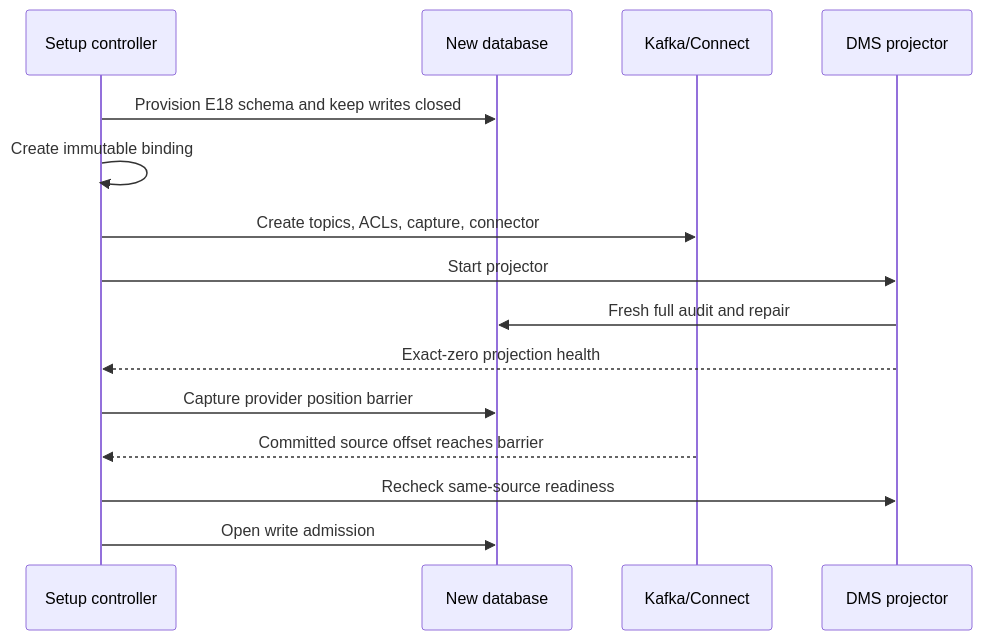
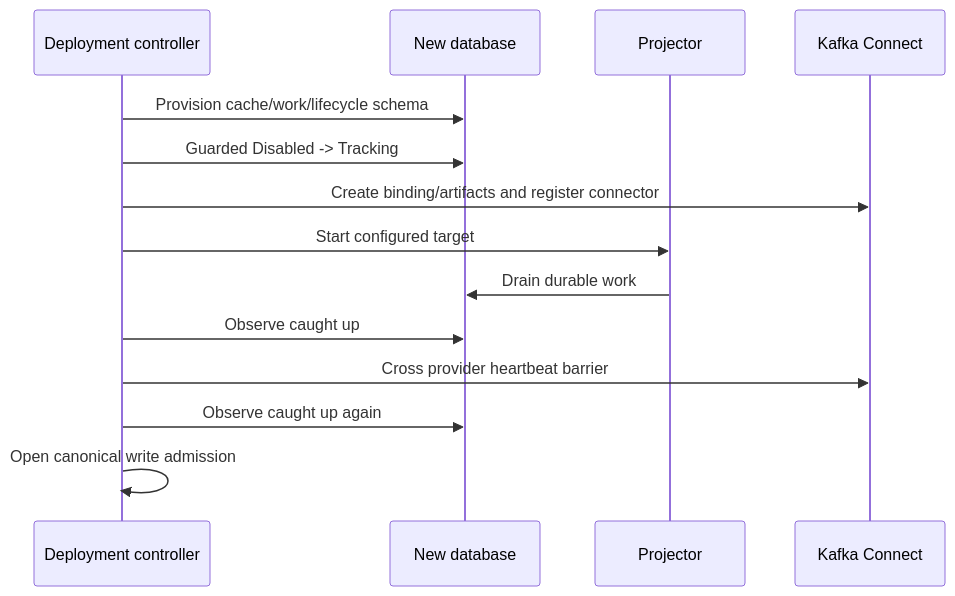
Before and after one commit to Ed-Fi-Alliance-OSS/Data-Management-Service: the fourth of 4 diagrams in PRESENTATION.md, drawn with Mermaid. The commit also changed other lines of this file and 37 other files, not shown here.

````diff
--- a/PRESENTATION.md
+++ b/PRESENTATION.md
@@ -743,18 +430,17 @@
 ```mermaid
 sequenceDiagram
-    participant C as Setup controller
+    participant D as Deployment controller
     participant DB as New database
-    participant K as Kafka/Connect
-    participant D as DMS projector
+    participant P as Projector
+    participant K as Kafka Connect
 
-    C->>DB: Provision E18 schema and keep writes closed
-    C->>C: Create immutable binding
-    C->>K: Create topics, ACLs, capture, connector
-    C->>D: Start projector
-    D->>DB: Fresh full audit and repair
-    D-->>C: Exact-zero projection health
-    C->>DB: Capture provider position barrier
-    K-->>C: Committed source offset reaches barrier
-    C->>D: Recheck same-source readiness
-    C->>DB: Open write admission
+    D->>DB: Provision cache/work/lifecycle schema
+    D->>DB: Guarded Disabled -> Tracking
+    D->>K: Create binding/artifacts and register connector
+    D->>P: Start configured target
+    P->>DB: Drain durable work
+    D->>DB: Observe caught up
+    D->>K: Cross provider heartbeat barrier
+    D->>DB: Observe caught up again
+    D->>D: Open canonical write admission
 ```
````
